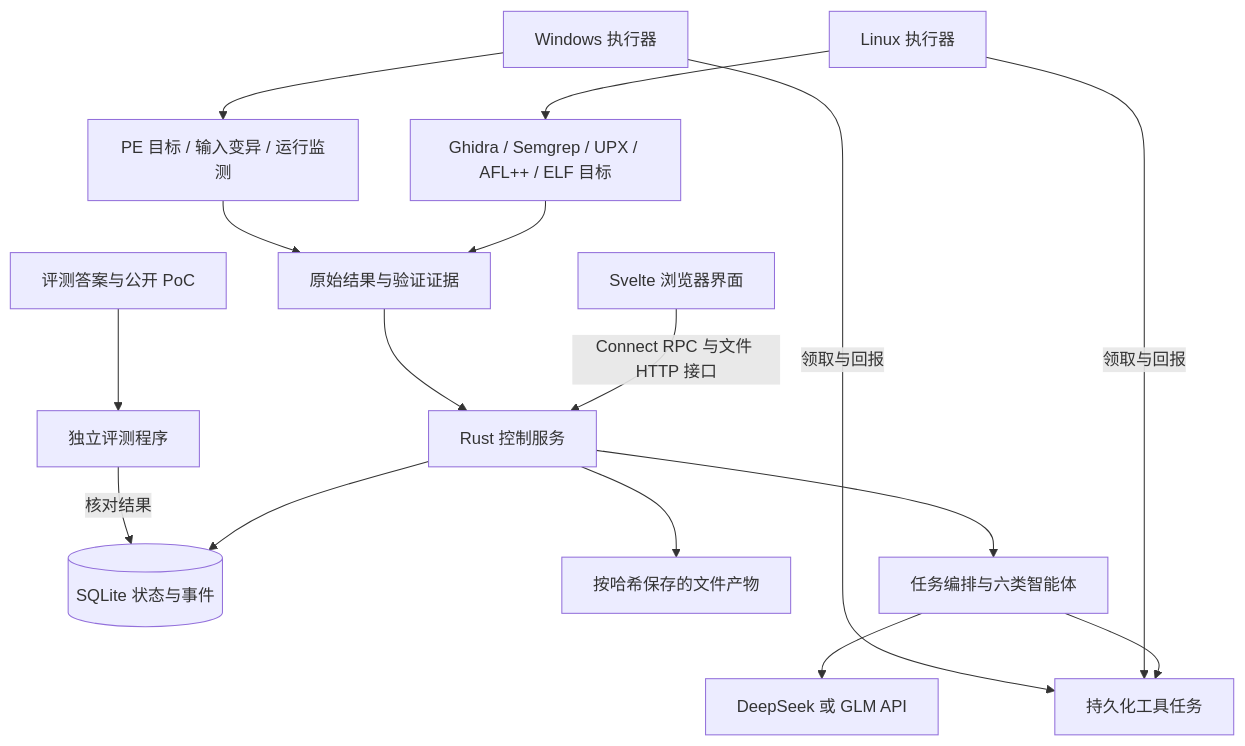
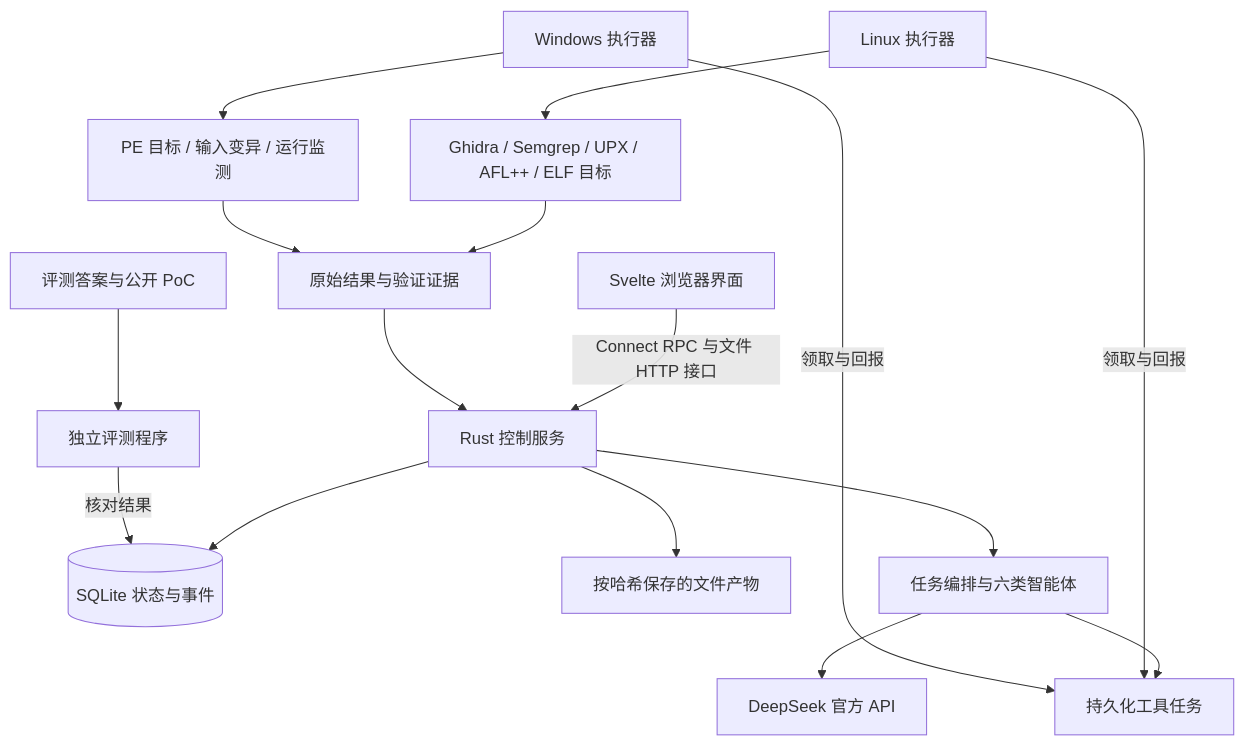
Before and after one commit to moonlit111/aegis-audit: the diagram in Docs/具体实现方案.md, drawn with Mermaid. The commit also changed other lines of this file and 5 other files, not shown here.

````diff
--- a/Docs/具体实现方案.md
+++ b/Docs/具体实现方案.md
@@ -23,18 +25,18 @@
 ```mermaid
 flowchart TD
     UI[Svelte 浏览器界面] -->|Connect RPC 与文件 HTTP 接口| API[Rust 控制服务]
     API --> DB[(SQLite 状态与事件)]
     API --> FS[按哈希保存的文件产物]
     API --> AG[任务编排与六类智能体]
-    AG --> LLM[DeepSeek 或 GLM API]
+    AG --> LLM[DeepSeek 官方 API]
     AG --> Q[持久化工具任务]
     LX[Linux 执行器] -->|领取与回报| Q
     WX[Windows 执行器] -->|领取与回报| Q
     LX --> LT[Ghidra / Semgrep / UPX / AFL++ / ELF 目标]
     WX --> WT[PE 目标 / 输入变异 / 运行监测]
     LT --> EV[原始结果与验证证据]
     WT --> EV
     EV --> API
     REF[评测答案与公开 PoC] --> EVAL[独立评测程序]
     EVAL -->|核对结果| DB
 ```
````
